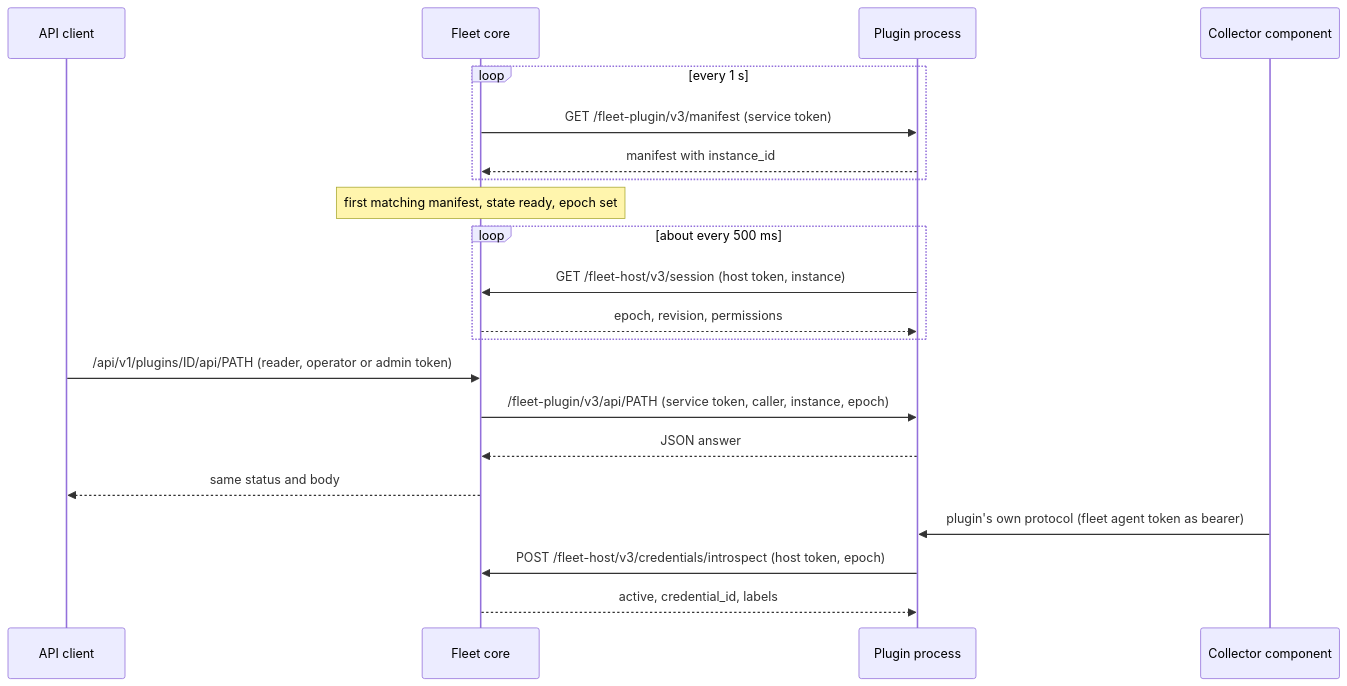
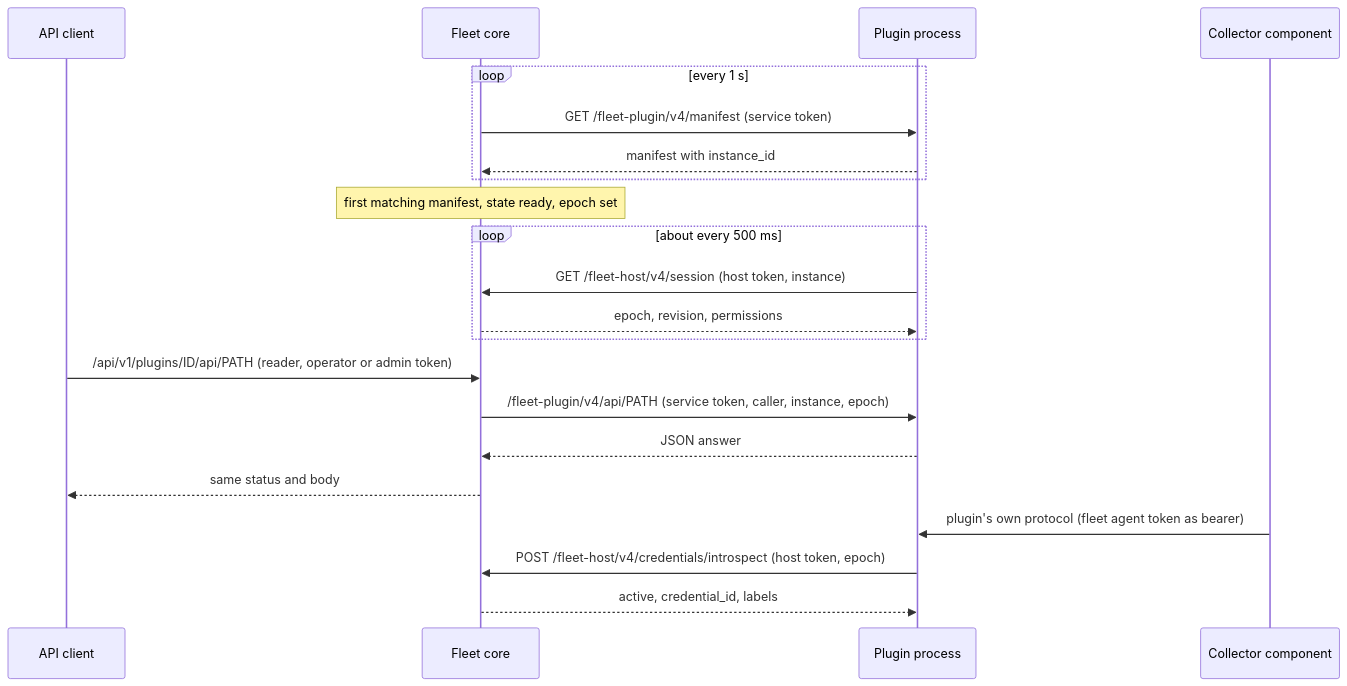
The diagram in docs/fleet/plugins.md (lineahq/linea), drawn with Mermaid before and after one commit. The commit also changed other lines of this file and 7 other files, not shown here.

````diff
--- a/docs/fleet/plugins.md
+++ b/docs/fleet/plugins.md
@@ -62,23 +65,23 @@
 ```mermaid
 sequenceDiagram
   participant C as API client
   participant F as Fleet core
   participant P as Plugin process
   participant K as Collector component
   loop every 1 s
-    F->>P: GET /fleet-plugin/v3/manifest (service token)
+    F->>P: GET /fleet-plugin/v4/manifest (service token)
     P-->>F: manifest with instance_id
   end
   Note over F: first matching manifest, state ready, epoch set
   loop about every 500 ms
-    P->>F: GET /fleet-host/v3/session (host token, instance)
+    P->>F: GET /fleet-host/v4/session (host token, instance)
     F-->>P: epoch, revision, permissions
   end
   C->>F: /api/v1/plugins/ID/api/PATH (reader, operator or admin token)
-  F->>P: /fleet-plugin/v3/api/PATH (service token, caller, instance, epoch)
+  F->>P: /fleet-plugin/v4/api/PATH (service token, caller, instance, epoch)
   P-->>F: JSON answer
   F-->>C: same status and body
   K->>P: plugin's own protocol (fleet agent token as bearer)
-  P->>F: POST /fleet-host/v3/credentials/introspect (host token, epoch)
+  P->>F: POST /fleet-host/v4/credentials/introspect (host token, epoch)
   F-->>P: active, credential_id, labels
 ```
````
